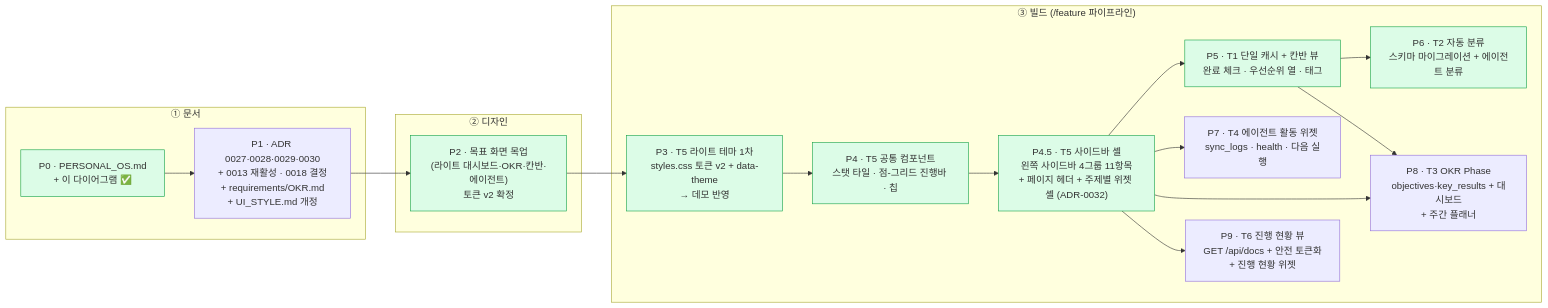
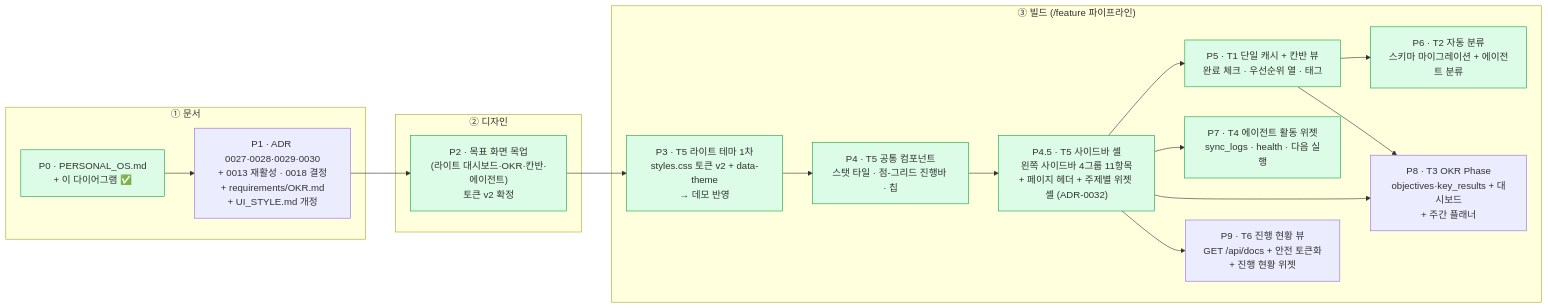
The diagram in docs/progress/PROGRESS.md (gamercross/my-setup-proj), drawn with Mermaid before and after one commit. The commit also changed other lines of this file and 41 other files, not shown here.

````diff
--- a/docs/progress/PROGRESS.md
+++ b/docs/progress/PROGRESS.md
@@ -304,35 +304,36 @@
 ```mermaid
 flowchart LR
   subgraph DOC["① 문서"]
     P0["P0 · PERSONAL_OS.md<br/>+ 이 다이어그램 ✅"]
     P1["P1 · ADR 0027·0028·0029·0030<br/>+ 0013 재활성 · 0018 결정<br/>+ requirements/OKR.md<br/>+ UI_STYLE.md 개정"]
   end
   subgraph DES["② 디자인"]
     P2["P2 · 목표 화면 목업<br/>(라이트 대시보드·OKR·칸반·에이전트)<br/>토큰 v2 확정"]
   end
   subgraph BUILD["③ 빌드 (/feature 파이프라인)"]
     P3["P3 · T5 라이트 테마 1차<br/>styles.css 토큰 v2 + data-theme<br/>→ 데모 반영"]
     P4["P4 · T5 공통 컴포넌트<br/>스탯 타일 · 점-그리드 진행바 · 칩"]
     P45["P4.5 · T5 사이드바 셸<br/>왼쪽 사이드바 4그룹 11항목<br/>+ 페이지 헤더 + 주제별 위젯 셸 (ADR-0032)"]
     P5["P5 · T1 단일 캐시 + 칸반 뷰<br/>완료 체크 · 우선순위 열 · 태그"]
     P6["P6 · T2 자동 분류<br/>스키마 마이그레이션 + 에이전트 분류"]
     P7["P7 · T4 에이전트 활동 위젯<br/>sync_logs · health · 다음 실행"]
     P8["P8 · T3 OKR Phase<br/>objectives·key_results + 대시보드<br/>+ 주간 플래너"]
     P9["P9 · T6 진행 현황 뷰<br/>GET /api/docs + 안전 토큰화<br/>+ 진행 현황 위젯"]
   end
 
   P0 --> P1 --> P2 --> P3 --> P4 --> P45
   P45 --> P5 --> P6
   P45 --> P7
   P45 --> P8
   P45 --> P9
   P5 --> P8
 
   style P0 fill:#dcfce7,stroke:#16a34a
   style P2 fill:#dcfce7,stroke:#16a34a
   style P3 fill:#dcfce7,stroke:#16a34a
   style P4 fill:#dcfce7,stroke:#16a34a
   style P45 fill:#dcfce7,stroke:#16a34a
   style P5 fill:#dcfce7,stroke:#16a34a
   style P6 fill:#dcfce7,stroke:#16a34a
+  style P7 fill:#dcfce7,stroke:#16a34a
 ```
````
